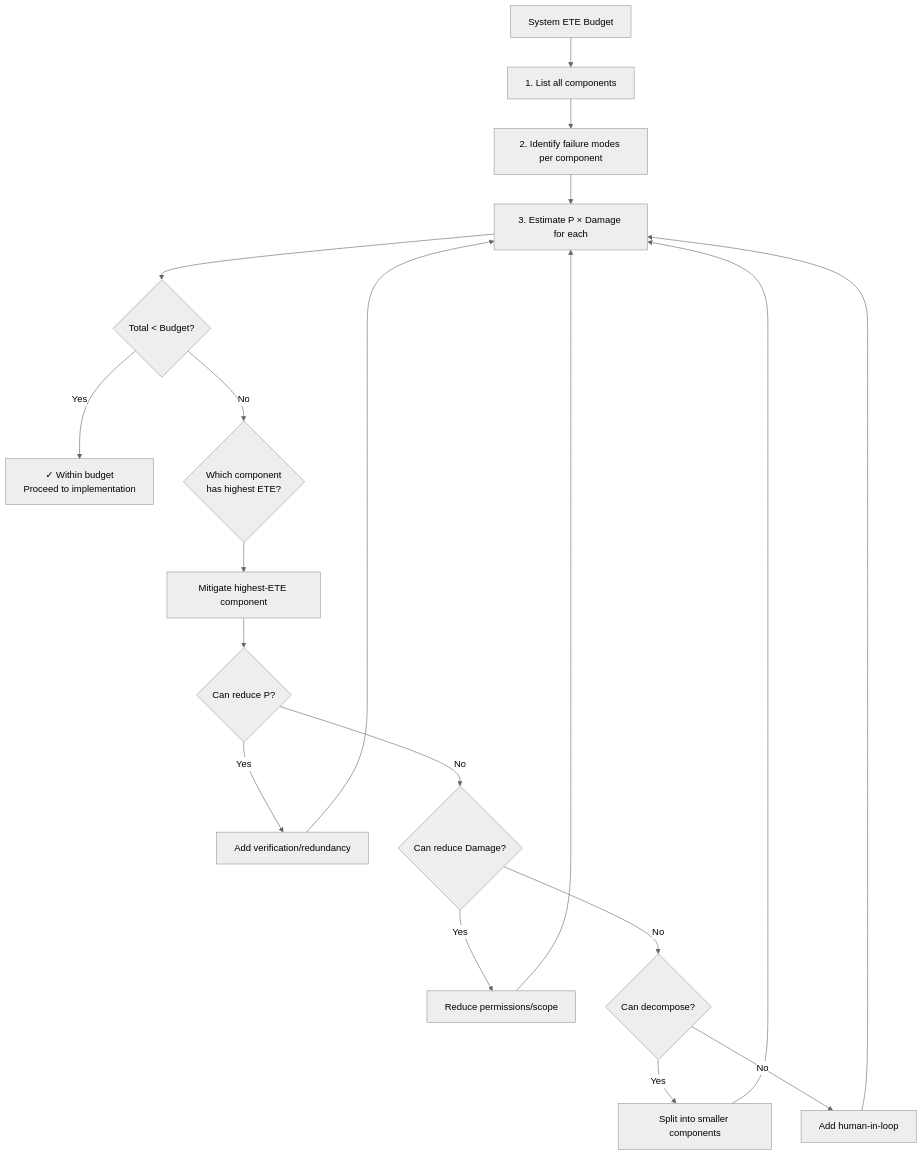
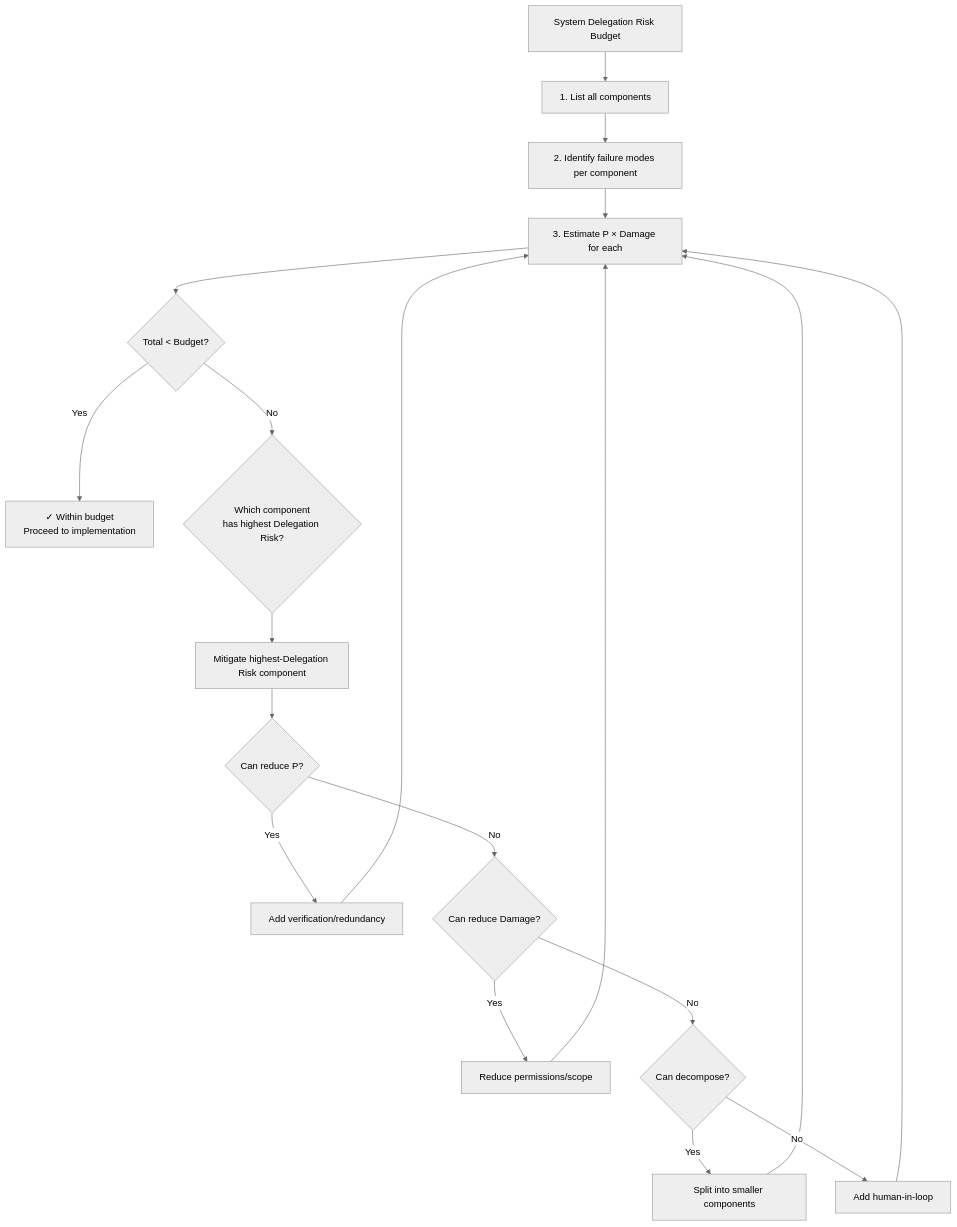
One commit to quantified-uncertainty/delegation-risk-framework changed the third of 5 diagrams in src/content/docs/implementation/decision-guide.md. Above: the diagram before and after it, drawn with Mermaid (neutral theme). The commit also changed other lines of this file and 58 other files, not shown here.

````diff
--- a/src/content/docs/implementation/decision-guide.md
+++ b/src/content/docs/implementation/decision-guide.md
@@ -86,26 +86,26 @@
 ```mermaid
 flowchart TD
-    Start[System ETE Budget] --> Step1[1. List all components]
+    Start[System Delegation Risk Budget] --> Step1[1. List all components]
     Step1 --> Step2[2. Identify failure modes per component]
     Step2 --> Step3[3. Estimate P × Damage for each]
     Step3 --> Q1{Total < Budget?}
 
     Q1 -->|Yes| Done[✓ Within budget<br/>Proceed to implementation]
-    Q1 -->|No| Q2{Which component<br/>has highest ETE?}
+    Q1 -->|No| Q2{Which component<br/>has highest Delegation Risk?}
 
-    Q2 --> Mitigate[Mitigate highest-ETE component]
+    Q2 --> Mitigate[Mitigate highest-Delegation Risk component]
     Mitigate --> M1{Can reduce P?}
     M1 -->|Yes| ReduceP[Add verification/redundancy]
     M1 -->|No| M2{Can reduce Damage?}
 
     M2 -->|Yes| ReduceD[Reduce permissions/scope]
     M2 -->|No| M3{Can decompose?}
 
     M3 -->|Yes| Decompose[Split into smaller components]
     M3 -->|No| Human[Add human-in-loop]
 
     ReduceP --> Step3
     ReduceD --> Step3
     Decompose --> Step3
     Human --> Step3
 ```
````
